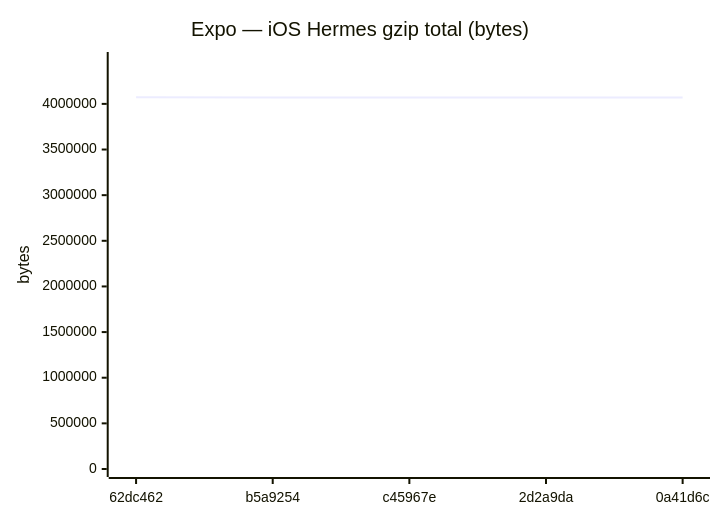
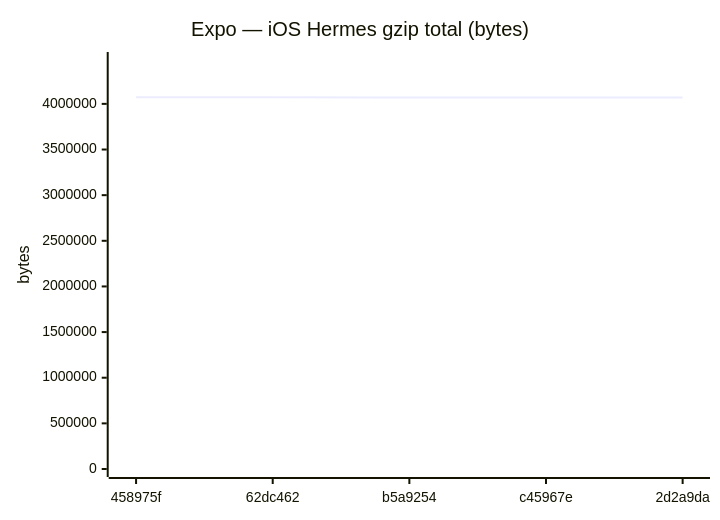
One commit to Metaheurist/Rianell changed diagram 12 of 18 in benchmarks/compare.md. Above: the diagram before and after it, drawn with Mermaid. The commit also changed other lines of this file and 11 other files, not shown here.

````diff
--- a/benchmarks/compare.md
+++ b/benchmarks/compare.md
@@ -179,7 +179,7 @@
 ```mermaid
 xychart-beta
     title "Expo — iOS Hermes gzip total (bytes)"
-    x-axis ["62dc462", "b5a9254", "c45967e", "2d2a9da", "0a41d6c"]
+    x-axis ["458975f", "62dc462", "b5a9254", "c45967e", "2d2a9da"]
     y-axis "bytes" 0 --> 4480788
-    line [4073443, 4069109, 4069113, 4069106, 4069107]
+    line [4073443, 4073443, 4069109, 4069113, 4069106]
 ```
````
